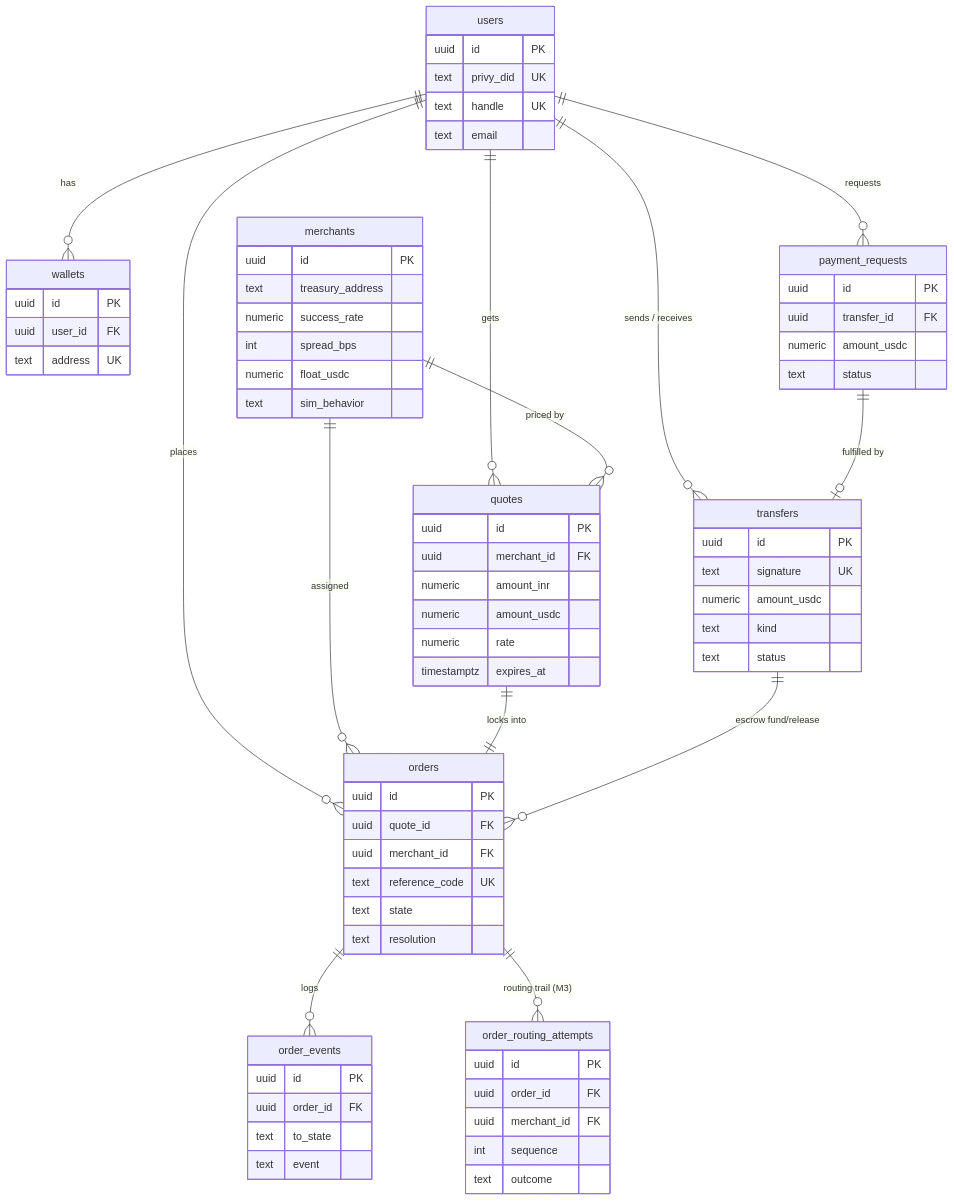
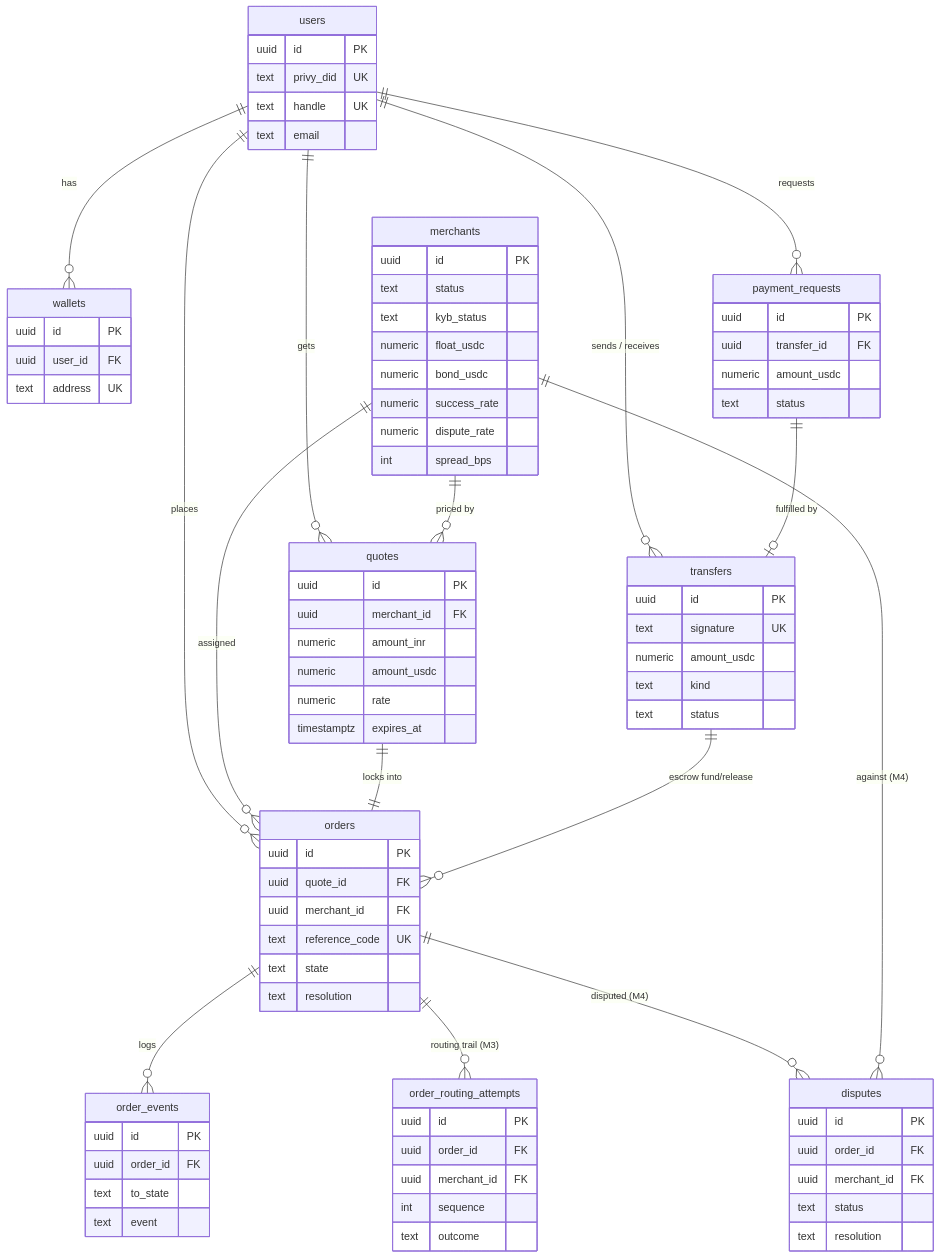
The diagram in monorepo/docs/10-data-model.md (unabrijed/frenspay), drawn with Mermaid before and after one commit. The commit also changed other lines of this file and 8 other files, not shown here.

````diff
--- a/monorepo/docs/10-data-model.md
+++ b/monorepo/docs/10-data-model.md
@@ -21,6 +21,8 @@
     quotes ||--|| orders : "locks into"
     orders ||--o{ order_events : logs
     orders ||--o{ order_routing_attempts : "routing trail (M3)"
+    orders ||--o{ disputes : "disputed (M4)"
+    merchants ||--o{ disputes : "against (M4)"
     transfers ||--o{ orders : "escrow fund/release"
     payment_requests ||--o| transfers : "fulfilled by"
 
@@ -50,11 +52,13 @@
     }
     merchants {
         uuid id PK
-        text treasury_address
+        text status
+        text kyb_status
+        numeric float_usdc
+        numeric bond_usdc
         numeric success_rate
+        numeric dispute_rate
         int spread_bps
-        numeric float_usdc
-        text sim_behavior
     }
     quotes {
         uuid id PK
@@ -85,4 +89,11 @@
         int sequence
         text outcome
     }
+    disputes {
+        uuid id PK
+        uuid order_id FK
+        uuid merchant_id FK
+        text status
+        text resolution
+    }
 ```
````
